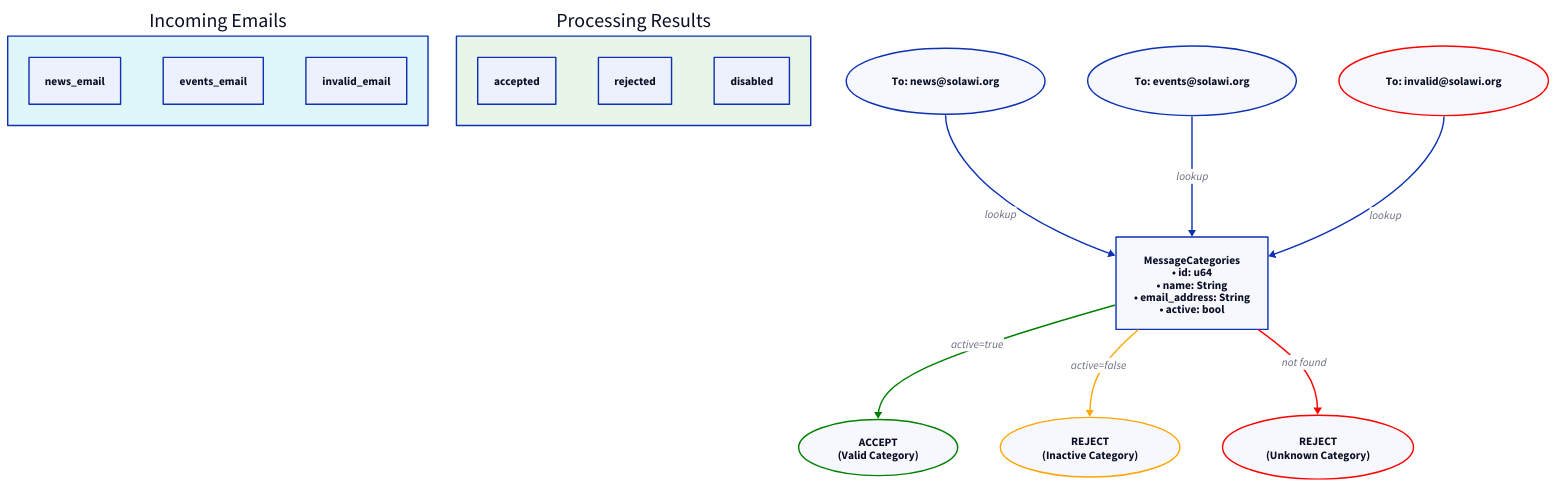
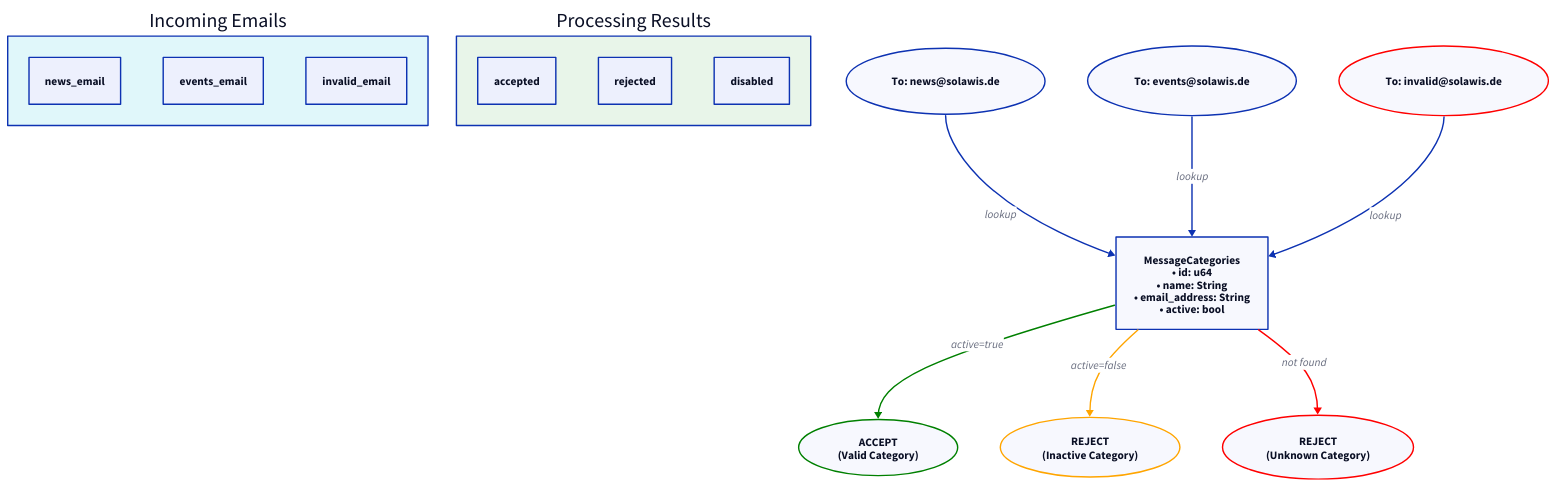
One commit to enaut/kommunikationszentrum changed the diagram in docs/src/email/categories-visibility.d2. Above: the diagram before and after it, drawn with D2. The commit also changed 12 other files, not shown here.

```diff
--- a/docs/src/email/categories-visibility.d2
+++ b/docs/src/email/categories-visibility.d2
@@ -1,47 +1,47 @@
 direction: down
 
 categories: {
   label: "MessageCategories\n• id: u64\n• name: String\n• email_address: String\n• active: bool"
 }
 
-news_email: "To: news@solawi.org" { shape: oval }
-events_email: "To: events@solawi.org" { shape: oval }
-invalid_email: "To: invalid@solawi.org" {
+news_email: "To: news@solawis.de" { shape: oval }
+events_email: "To: events@solawis.de" { shape: oval }
+invalid_email: "To: invalid@solawis.de" {
   shape: oval
   style.stroke: red
 }
 
 accepted: "ACCEPT\n(Valid Category)" {
   shape: oval
   style.stroke: green
 }
 rejected: "REJECT\n(Unknown Category)" {
   shape: oval
   style.stroke: red
 }
 disabled: "REJECT\n(Inactive Category)" {
   shape: oval
   style.stroke: orange
 }
 
 news_email -> categories: "lookup"
 events_email -> categories: "lookup"
 invalid_email -> categories: "lookup"
 
 categories -> accepted: "active=true" { style.stroke: green }
 categories -> disabled: "active=false" { style.stroke: orange }
 categories -> rejected: "not found" { style.stroke: red }
 
 incoming: "Incoming Emails" {
   style.fill: "#e0f7fa"
   news_email
   events_email
   invalid_email
 }
 
 results: "Processing Results" {
   style.fill: "#e8f5e9"
   accepted
   rejected
   disabled
 }
```
